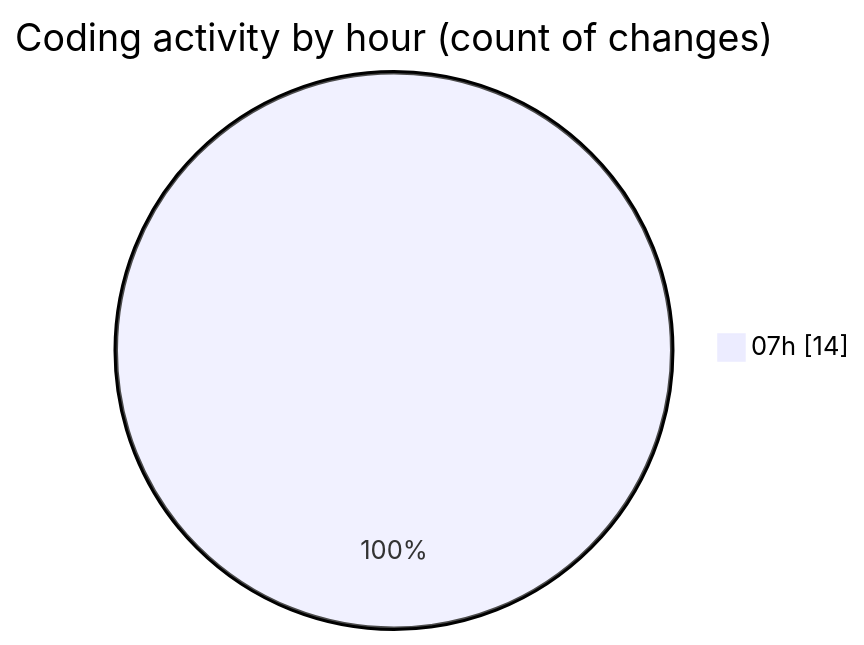
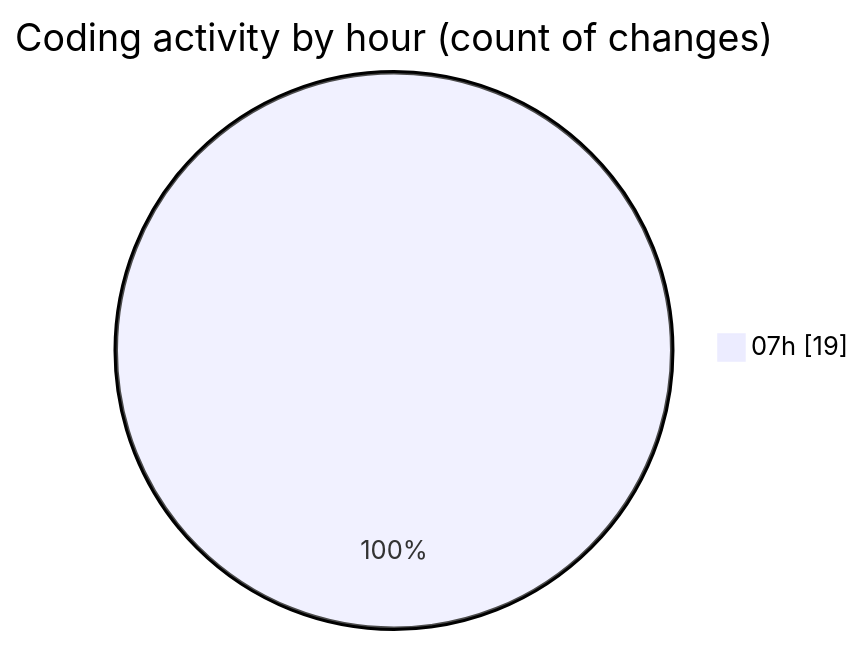
Before and after one commit to tmsrecording-cyber/code-tracking: the second of 2 diagrams in 2026-04-25/darkwire/README.md, drawn with Mermaid. The commit also changed other lines of this file and 1 other file, not shown here.

````diff
--- a/2026-04-25/darkwire/README.md
+++ b/2026-04-25/darkwire/README.md
@@ -41,5 +45,5 @@
 ```mermaid
 pie showData
 title Coding activity by hour (count of changes)
-"07h" : 14
+"07h" : 19
 ```
````
